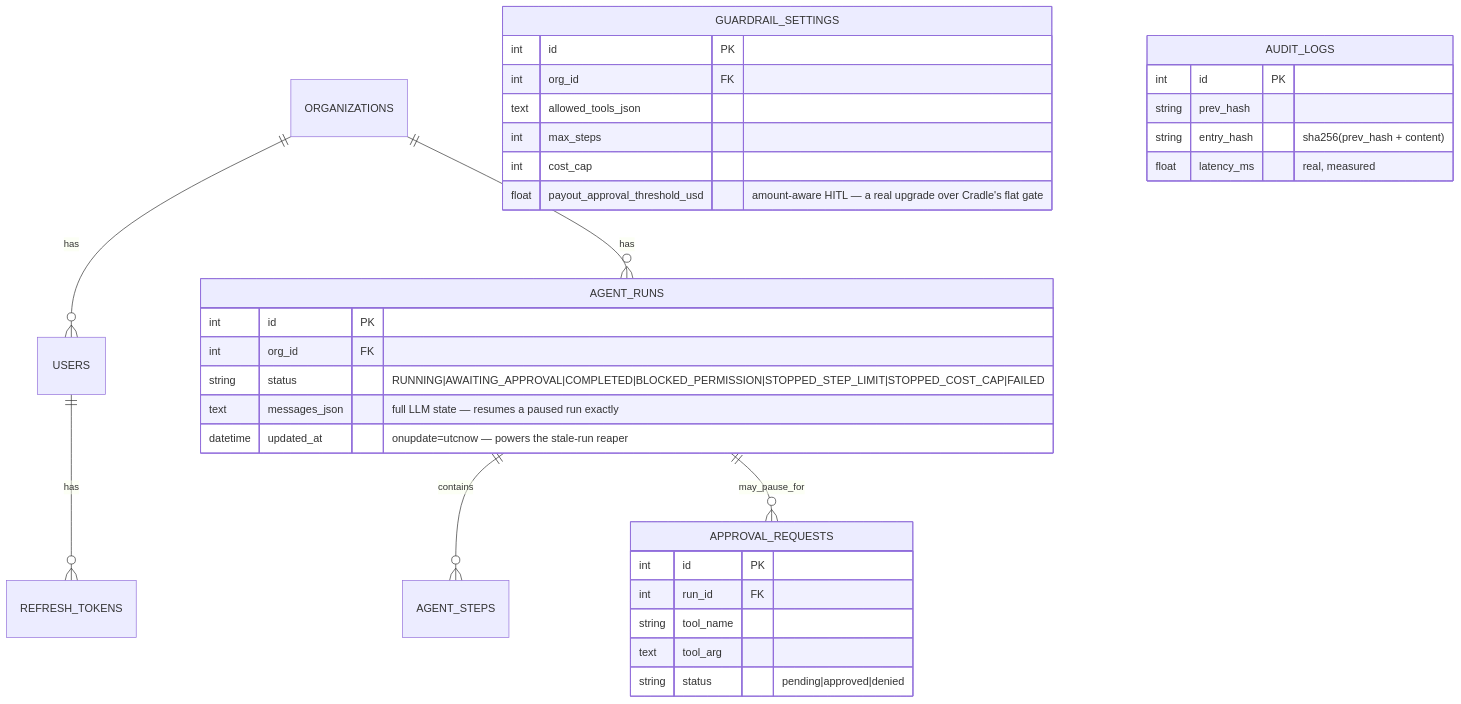
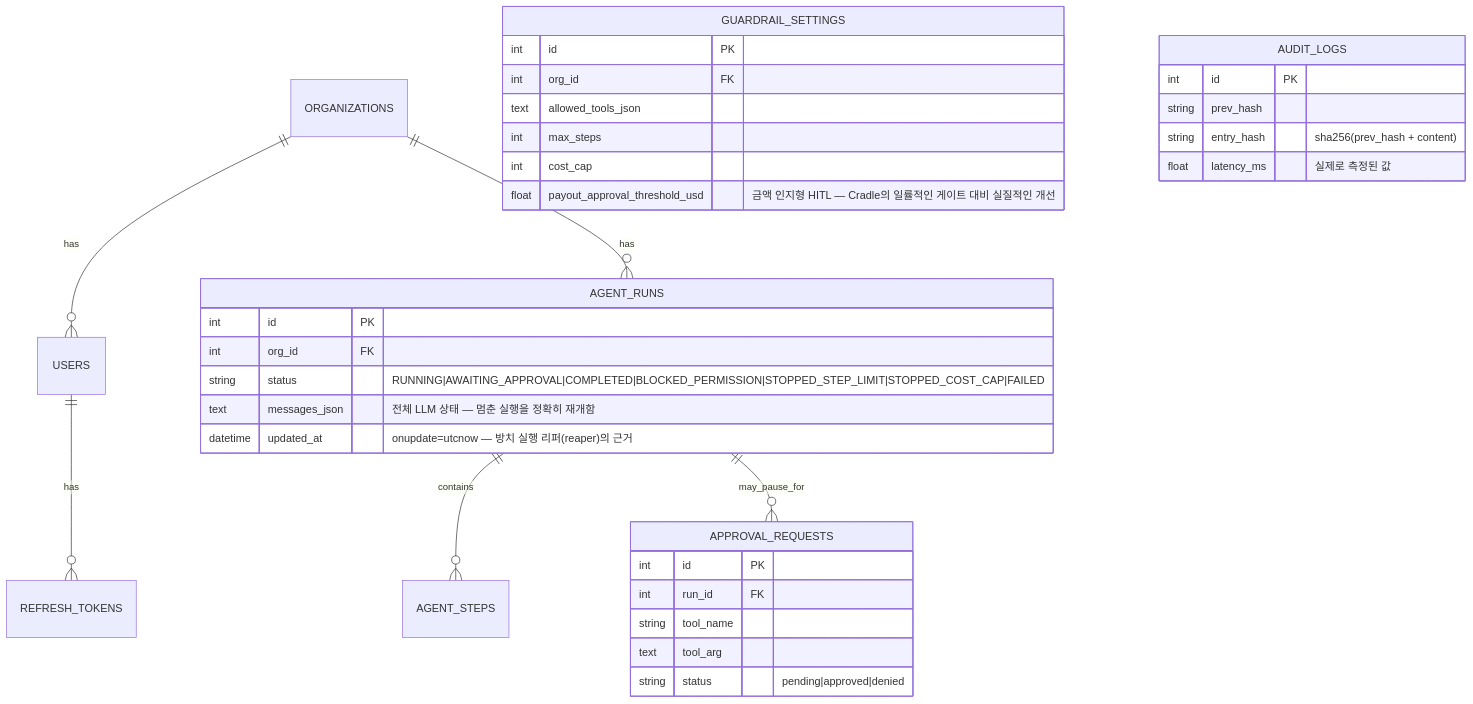
One commit to ShaunKim91/applied-ai-builds changed the third of 3 diagrams in week5_2/PoC_v2/projects/threshold/architecture.ko.md. Above: the diagram before and after it, drawn with Mermaid. The commit also changed other lines of this file and 80 other files, not shown here.

````diff
--- a/week5_2/PoC_v2/projects/threshold/architecture.ko.md
+++ b/week5_2/PoC_v2/projects/threshold/architecture.ko.md
@@ -175,37 +157,37 @@
 ```mermaid
 erDiagram
     ORGANIZATIONS ||--o{ USERS : has
     ORGANIZATIONS ||--o{ AGENT_RUNS : has
     USERS ||--o{ REFRESH_TOKENS : has
     AGENT_RUNS ||--o{ AGENT_STEPS : contains
     AGENT_RUNS ||--o{ APPROVAL_REQUESTS : may_pause_for
 
     AGENT_RUNS {
         int id PK
         int org_id FK
         string status "RUNNING|AWAITING_APPROVAL|COMPLETED|BLOCKED_PERMISSION|STOPPED_STEP_LIMIT|STOPPED_COST_CAP|FAILED"
-        text messages_json "full LLM state — resumes a paused run exactly"
-        datetime updated_at "onupdate=utcnow — powers the stale-run reaper"
+        text messages_json "전체 LLM 상태 — 멈춘 실행을 정확히 재개함"
+        datetime updated_at "onupdate=utcnow — 방치 실행 리퍼(reaper)의 근거"
     }
     APPROVAL_REQUESTS {
         int id PK
         int run_id FK
         string tool_name
         text tool_arg
         string status "pending|approved|denied"
     }
     GUARDRAIL_SETTINGS {
         int id PK
         int org_id FK
         text allowed_tools_json
         int max_steps
         int cost_cap
-        float payout_approval_threshold_usd "amount-aware HITL — a real upgrade over Cradle's flat gate"
+        float payout_approval_threshold_usd "금액 인지형 HITL — Cradle의 일률적인 게이트 대비 실질적인 개선"
     }
     AUDIT_LOGS {
         int id PK
         string prev_hash
         string entry_hash "sha256(prev_hash + content)"
-        float latency_ms "real, measured"
+        float latency_ms "실제로 측정된 값"
     }
 ```
````
